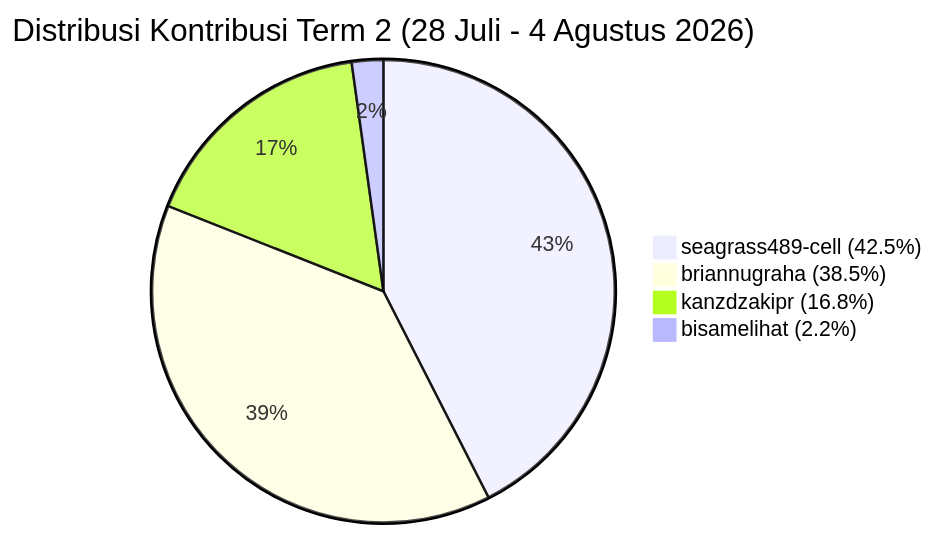
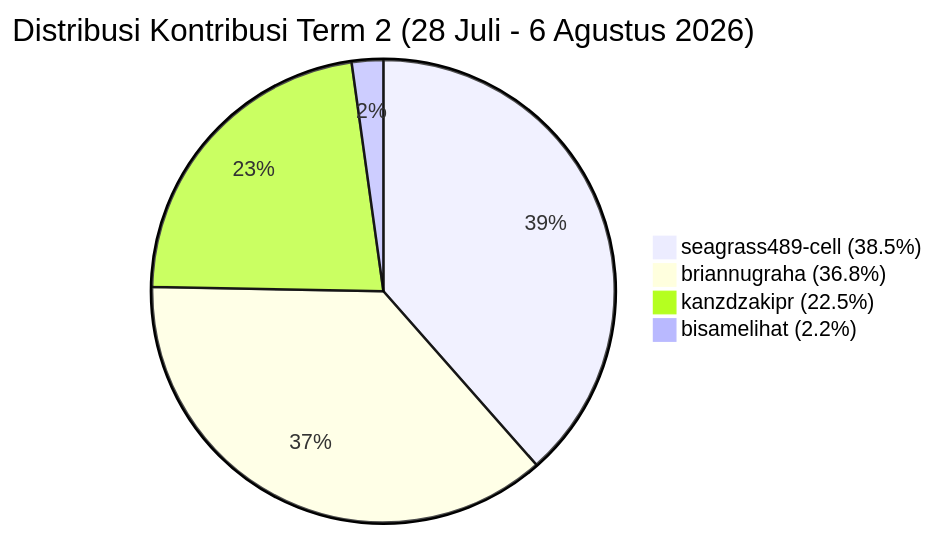
One commit to kanzdzakipr/ServicePlan-BRA changed the third of 3 diagrams in KONTRIBUSI_TIM.md. Above: the diagram before and after it, drawn with Mermaid. The commit also changed other lines of this file and 1 other file, not shown here.

Commit message:
update kontribusi tim & data completeness per 6 agustus

````diff
--- a/KONTRIBUSI_TIM.md
+++ b/KONTRIBUSI_TIM.md
@@ -76,7 +76,7 @@
 ```mermaid
-pie title Distribusi Kontribusi Term 2 (28 Juli - 4 Agustus 2026)
-    "seagrass489-cell (42.5%)" : 42.5
-    "briannugraha (38.5%)" : 38.5
-    "kanzdzakipr (16.8%)" : 16.8
+pie title Distribusi Kontribusi Term 2 (28 Juli - 6 Agustus 2026)
+    "seagrass489-cell (38.5%)" : 38.5
+    "briannugraha (36.8%)" : 36.8
+    "kanzdzakipr (22.5%)" : 22.5
     "bisamelihat (2.2%)" : 2.2
 ```
````
